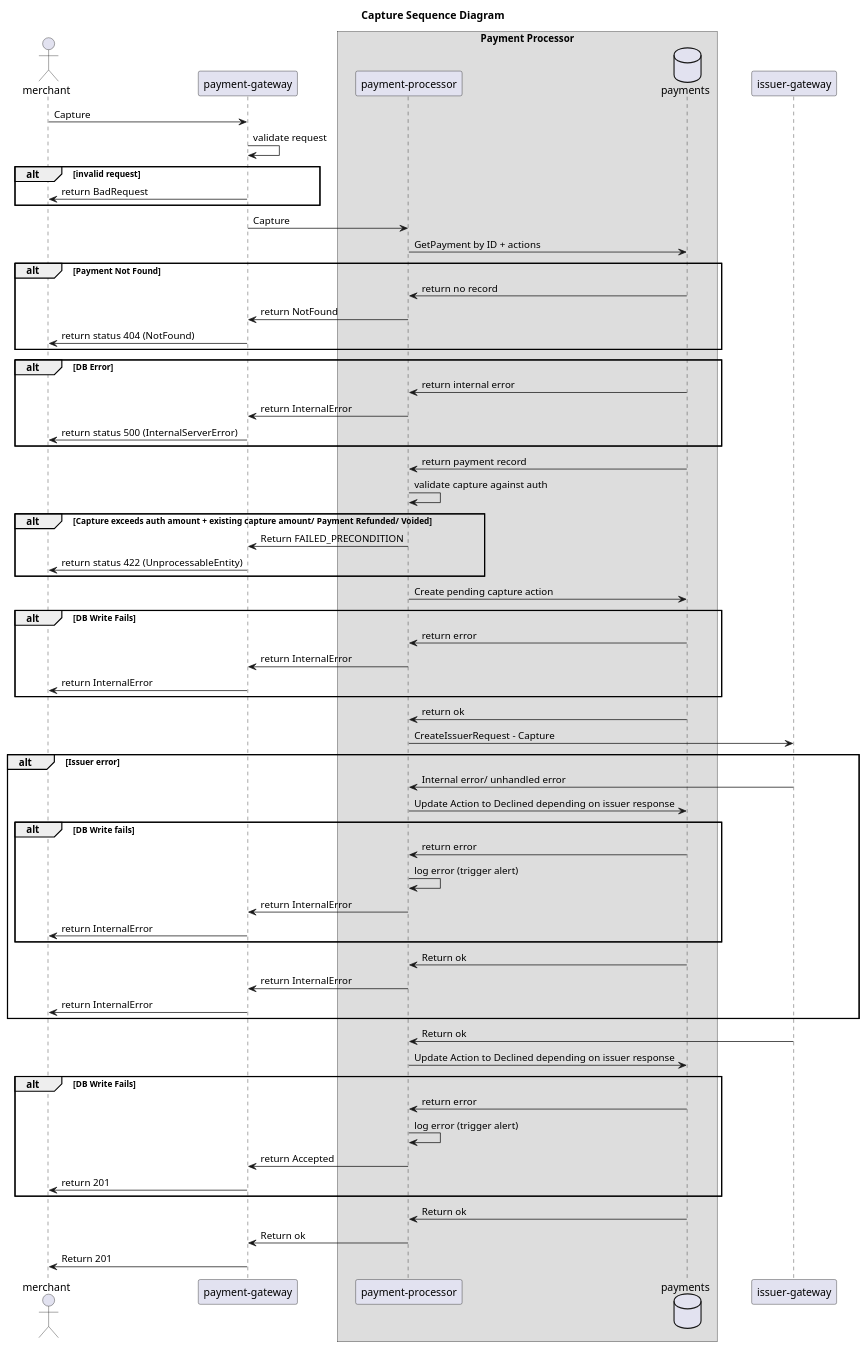
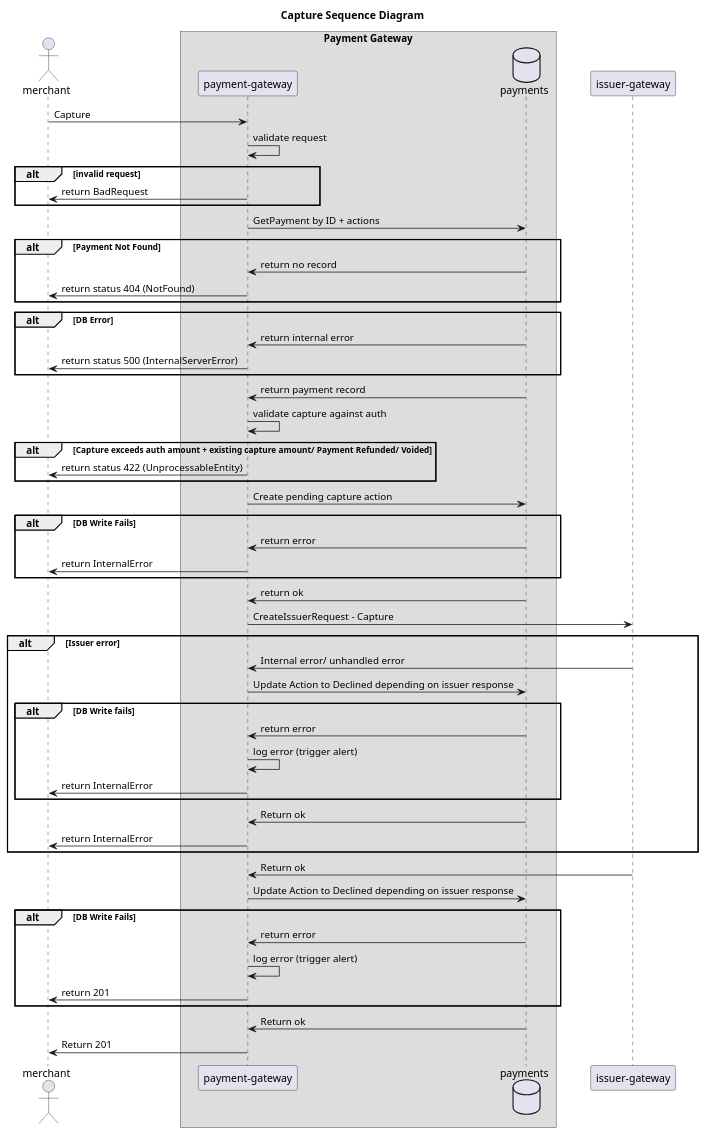
Before and after one commit to jacktantram/payment-api: the diagram in docs/payments/sequence-diagrams/capture-sequence.puml, drawn with PlantUML. The commit also changed 5 other files, not shown here.

```diff
--- a/docs/payments/sequence-diagrams/capture-sequence.puml
+++ b/docs/payments/sequence-diagrams/capture-sequence.puml
@@ -1,75 +1,65 @@
 @startuml
 Title Capture Sequence Diagram
 
 skinparam ParticipantPadding 20
 skinparam BoxPadding 20
 actor merchant
 
+
+box "Payment Gateway"
 participant paymentGateway as "payment-gateway"
-
-box "Payment Processor"
-participant paymentProcessor as "payment-processor"
 database payments as paymentsDB
 end box
 participant issuerGateway as "issuer-gateway"
 
 merchant-> paymentGateway: Capture
 paymentGateway->paymentGateway: validate request
 alt invalid request
 paymentGateway->merchant: return BadRequest
 end alt
 
-paymentGateway-> paymentProcessor: Capture
-paymentProcessor->paymentsDB: GetPayment by ID + actions
+paymentGateway->paymentsDB: GetPayment by ID + actions
 alt Payment Not Found
-paymentProcessor<-paymentsDB: return no record
-paymentGateway<-paymentProcessor: return NotFound
+paymentGateway<-paymentsDB: return no record
 paymentGateway->merchant: return status 404 (NotFound)
 end alt
 alt DB Error
-paymentProcessor<-paymentsDB: return internal error
-paymentGateway<-paymentProcessor: return InternalError
+paymentGateway<-paymentsDB: return internal error
 paymentGateway->merchant: return status 500 (InternalServerError)
 end alt
-paymentProcessor<-paymentsDB: return payment record
-paymentProcessor->paymentProcessor: validate capture against auth
+paymentGateway<-paymentsDB: return payment record
+paymentGateway->paymentGateway: validate capture against auth
 alt Capture exceeds auth amount + existing capture amount/ Payment Refunded/ Voided
- paymentGateway<-paymentProcessor: Return FAILED_PRECONDITION
  paymentGateway->merchant: return status 422 (UnprocessableEntity)
 end alt
 
-paymentProcessor-> paymentsDB: Create pending capture action
+paymentGateway-> paymentsDB: Create pending capture action
 alt DB Write Fails
-paymentProcessor<-paymentsDB: return error
-paymentGateway<-paymentProcessor: return InternalError
+paymentGateway<-paymentsDB: return error
 paymentGateway->merchant: return InternalError
 end
-paymentProcessor<-paymentsDB: return ok
+paymentGateway<-paymentsDB: return ok
 
-paymentProcessor-> issuerGateway: CreateIssuerRequest - Capture
+paymentGateway-> issuerGateway: CreateIssuerRequest - Capture
 alt Issuer error
-paymentProcessor<-issuerGateway: Internal error/ unhandled error
-paymentProcessor->paymentsDB: Update Action to Declined depending on issuer response
+paymentGateway<-issuerGateway: Internal error/ unhandled error
+paymentGateway->paymentsDB: Update Action to Declined depending on issuer response
 alt DB Write fails
-paymentProcessor<-paymentsDB: return error
-paymentProcessor->paymentProcessor: log error (trigger alert)
-paymentGateway<-paymentProcessor: return InternalError
+paymentGateway<-paymentsDB: return error
+paymentGateway->paymentGateway: log error (trigger alert)
 paymentGateway->merchant: return InternalError
 end alt
-paymentProcessor<-paymentsDB: Return ok
-paymentGateway<-paymentProcessor: return InternalError
+paymentGateway<-paymentsDB: Return ok
 paymentGateway->merchant: return InternalError
 end alt
-paymentProcessor<-issuerGateway: Return ok
-paymentProcessor->paymentsDB: Update Action to Declined depending on issuer response
+paymentGateway<-issuerGateway: Return ok
+paymentGateway->paymentsDB: Update Action to Declined depending on issuer response
 alt DB Write Fails
-paymentProcessor<-paymentsDB: return error
-paymentProcessor->paymentProcessor: log error (trigger alert)
-paymentGateway<-paymentProcessor: return Accepted
+paymentGateway<-paymentsDB: return error
+paymentGateway->paymentGateway: log error (trigger alert)
 paymentGateway->merchant: return 201
 end alt
-paymentProcessor<-paymentsDB: Return ok
-paymentGateway<-paymentProcessor: Return ok
+paymentGateway<-paymentsDB: Return ok
 paymentGateway->merchant: Return 201
 
 @enduml
```
